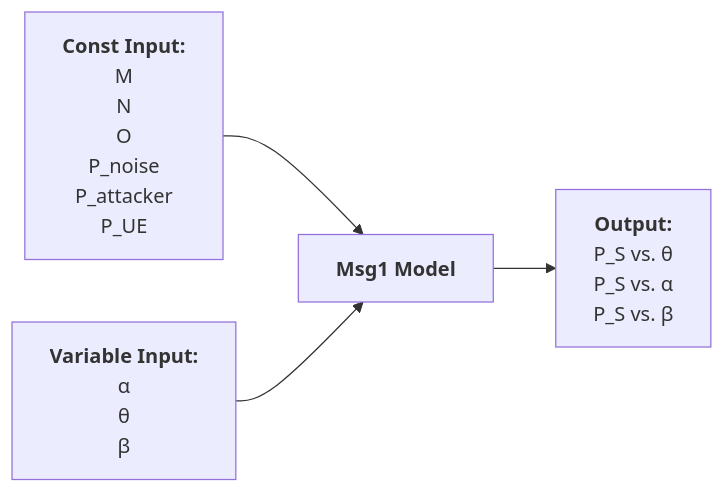
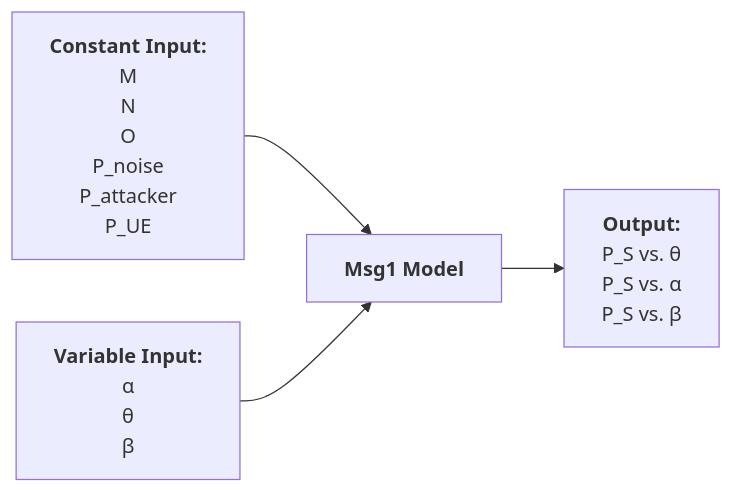
Before and after one commit to bmw-ece-ntust/wilfrid-prach-attack-analysis: the third of 4 diagrams in docs/20250307 Thesis (PRACH Attack Problem Definition).md, drawn with Mermaid. The commit also changed other lines of this file, not shown here.

Commit message:
Update 20250307 Thesis (PRACH Attack Problem Definition).md

````diff
--- a/docs/20250307 Thesis (PRACH Attack Problem Definition).md
+++ b/docs/20250307 Thesis (PRACH Attack Problem Definition).md
@@ -211,22 +212,22 @@
 ```mermaid
 flowchart LR
-    inputC["`**Const Input:**
+    inputC["`**Constant Input:**
     M
     N
     O
     P_noise
     P_attacker
     P_UE`"]
     inputV["`**Variable Input:**
     α
     θ
     β`"]
     process["`**Msg1 Model**`"]
     output["`**Output:**
     P_S vs. θ
     P_S vs. α
     P_S vs. β`"]
     inputC --> process
     inputV --> process
     process --> output
 ```
````
